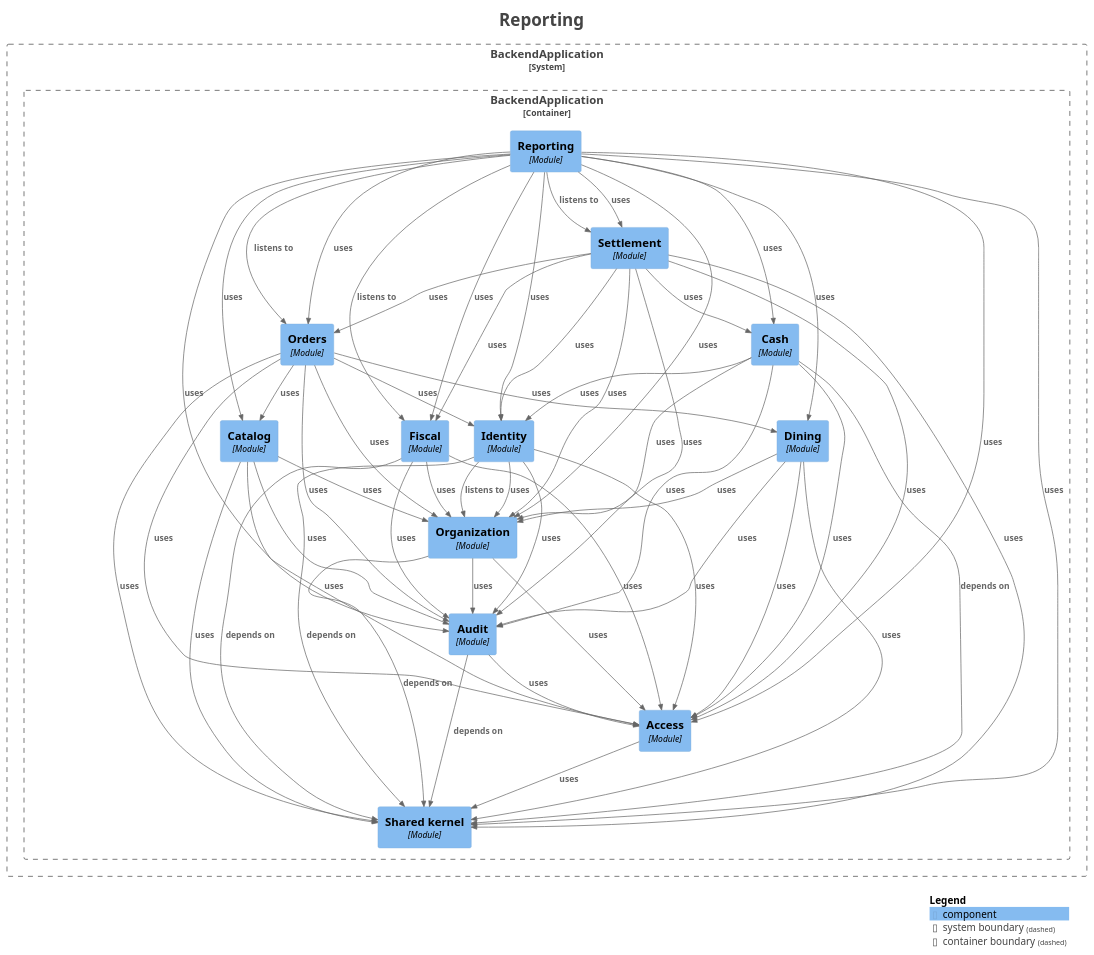
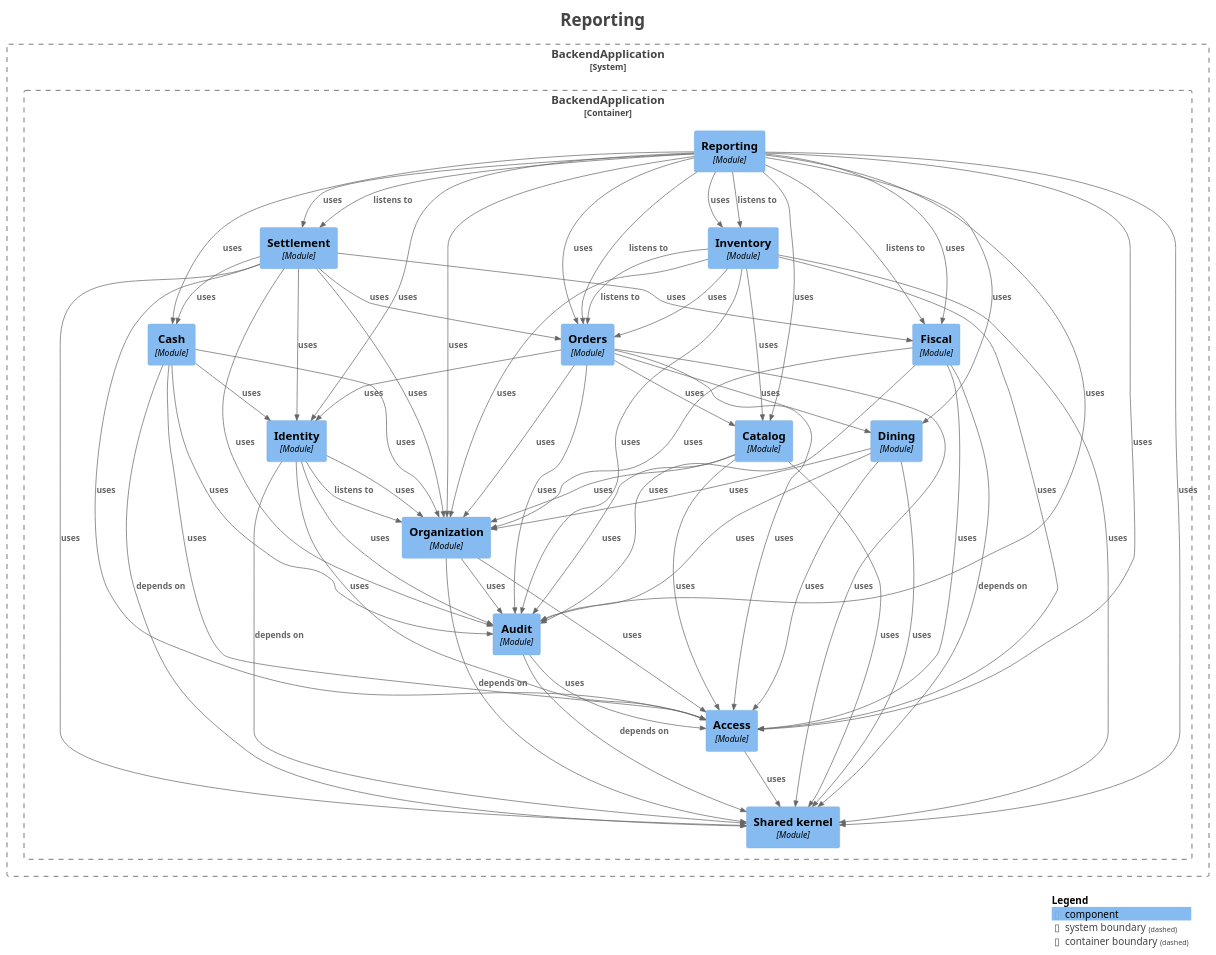
One commit to fxavier/restaurantePRO changed the diagram in docs/architecture/modules/module-reporting.puml. Above: the diagram before and after it, drawn with PlantUML. The commit also changed 24 other files, not shown here.

First line of the commit message:
docs(architecture): regenerate the Modulith module docs for R4

```diff
--- a/docs/architecture/modules/module-reporting.puml
+++ b/docs/architecture/modules/module-reporting.puml
@@ -17,11 +17,12 @@
 
 System_Boundary("BackendApplication_boundary", "BackendApplication", $tags="") {
   Container_Boundary("BackendApplication.BackendApplication_boundary", "BackendApplication", $tags="") {
-    Component(BackendApplication.BackendApplication.Dining, "Dining", $techn="Module", $descr="", $tags="", $link="")
     Component(BackendApplication.BackendApplication.Fiscal, "Fiscal", $techn="Module", $descr="", $tags="", $link="")
     Component(BackendApplication.BackendApplication.Identity, "Identity", $techn="Module", $descr="", $tags="", $link="")
     Component(BackendApplication.BackendApplication.Cash, "Cash", $techn="Module", $descr="", $tags="", $link="")
+    Component(BackendApplication.BackendApplication.Dining, "Dining", $techn="Module", $descr="", $tags="", $link="")
     Component(BackendApplication.BackendApplication.Orders, "Orders", $techn="Module", $descr="", $tags="", $link="")
+    Component(BackendApplication.BackendApplication.Inventory, "Inventory", $techn="Module", $descr="", $tags="", $link="")
     Component(BackendApplication.BackendApplication.Settlement, "Settlement", $techn="Module", $descr="", $tags="", $link="")
     Component(BackendApplication.BackendApplication.Reporting, "Reporting", $techn="Module", $descr="", $tags="", $link="")
     Component(BackendApplication.BackendApplication.Sharedkernel, "Shared kernel", $techn="Module", $descr="", $tags="", $link="")
@@ -33,6 +34,50 @@
 
 }
 
+Rel(BackendApplication.BackendApplication.Audit, BackendApplication.BackendApplication.Access, "uses", $techn="", $tags="", $link="")
+Rel(BackendApplication.BackendApplication.Identity, BackendApplication.BackendApplication.Organization, "listens to", $techn="", $tags="", $link="")
+Rel(BackendApplication.BackendApplication.Identity, BackendApplication.BackendApplication.Sharedkernel, "depends on", $techn="", $tags="", $link="")
+Rel(BackendApplication.BackendApplication.Identity, BackendApplication.BackendApplication.Access, "uses", $techn="", $tags="", $link="")
+Rel(BackendApplication.BackendApplication.Identity, BackendApplication.BackendApplication.Audit, "uses", $techn="", $tags="", $link="")
+Rel(BackendApplication.BackendApplication.Identity, BackendApplication.BackendApplication.Organization, "uses", $techn="", $tags="", $link="")
+Rel(BackendApplication.BackendApplication.Orders, BackendApplication.BackendApplication.Access, "uses", $techn="", $tags="", $link="")
+Rel(BackendApplication.BackendApplication.Orders, BackendApplication.BackendApplication.Catalog, "uses", $techn="", $tags="", $link="")
+Rel(BackendApplication.BackendApplication.Orders, BackendApplication.BackendApplication.Identity, "uses", $techn="", $tags="", $link="")
+Rel(BackendApplication.BackendApplication.Orders, BackendApplication.BackendApplication.Audit, "uses", $techn="", $tags="", $link="")
+Rel(BackendApplication.BackendApplication.Orders, BackendApplication.BackendApplication.Dining, "uses", $techn="", $tags="", $link="")
+Rel(BackendApplication.BackendApplication.Orders, BackendApplication.BackendApplication.Sharedkernel, "uses", $techn="", $tags="", $link="")
+Rel(BackendApplication.BackendApplication.Orders, BackendApplication.BackendApplication.Organization, "uses", $techn="", $tags="", $link="")
+Rel(BackendApplication.BackendApplication.Reporting, BackendApplication.BackendApplication.Inventory, "listens to", $techn="", $tags="", $link="")
+Rel(BackendApplication.BackendApplication.Reporting, BackendApplication.BackendApplication.Orders, "listens to", $techn="", $tags="", $link="")
+Rel(BackendApplication.BackendApplication.Reporting, BackendApplication.BackendApplication.Fiscal, "listens to", $techn="", $tags="", $link="")
+Rel(BackendApplication.BackendApplication.Reporting, BackendApplication.BackendApplication.Settlement, "listens to", $techn="", $tags="", $link="")
+Rel(BackendApplication.BackendApplication.Reporting, BackendApplication.BackendApplication.Access, "uses", $techn="", $tags="", $link="")
+Rel(BackendApplication.BackendApplication.Reporting, BackendApplication.BackendApplication.Inventory, "uses", $techn="", $tags="", $link="")
+Rel(BackendApplication.BackendApplication.Reporting, BackendApplication.BackendApplication.Orders, "uses", $techn="", $tags="", $link="")
+Rel(BackendApplication.BackendApplication.Reporting, BackendApplication.BackendApplication.Sharedkernel, "uses", $techn="", $tags="", $link="")
+Rel(BackendApplication.BackendApplication.Reporting, BackendApplication.BackendApplication.Cash, "uses", $techn="", $tags="", $link="")
+Rel(BackendApplication.BackendApplication.Reporting, BackendApplication.BackendApplication.Identity, "uses", $techn="", $tags="", $link="")
+Rel(BackendApplication.BackendApplication.Reporting, BackendApplication.BackendApplication.Organization, "uses", $techn="", $tags="", $link="")
+Rel(BackendApplication.BackendApplication.Reporting, BackendApplication.BackendApplication.Catalog, "uses", $techn="", $tags="", $link="")
+Rel(BackendApplication.BackendApplication.Reporting, BackendApplication.BackendApplication.Fiscal, "uses", $techn="", $tags="", $link="")
+Rel(BackendApplication.BackendApplication.Reporting, BackendApplication.BackendApplication.Dining, "uses", $techn="", $tags="", $link="")
+Rel(BackendApplication.BackendApplication.Reporting, BackendApplication.BackendApplication.Settlement, "uses", $techn="", $tags="", $link="")
+Rel(BackendApplication.BackendApplication.Reporting, BackendApplication.BackendApplication.Audit, "uses", $techn="", $tags="", $link="")
+Rel(BackendApplication.BackendApplication.Fiscal, BackendApplication.BackendApplication.Sharedkernel, "depends on", $techn="", $tags="", $link="")
+Rel(BackendApplication.BackendApplication.Fiscal, BackendApplication.BackendApplication.Access, "uses", $techn="", $tags="", $link="")
+Rel(BackendApplication.BackendApplication.Fiscal, BackendApplication.BackendApplication.Organization, "uses", $techn="", $tags="", $link="")
+Rel(BackendApplication.BackendApplication.Fiscal, BackendApplication.BackendApplication.Audit, "uses", $techn="", $tags="", $link="")
+Rel(BackendApplication.BackendApplication.Organization, BackendApplication.BackendApplication.Sharedkernel, "depends on", $techn="", $tags="", $link="")
+Rel(BackendApplication.BackendApplication.Organization, BackendApplication.BackendApplication.Audit, "uses", $techn="", $tags="", $link="")
+Rel(BackendApplication.BackendApplication.Organization, BackendApplication.BackendApplication.Access, "uses", $techn="", $tags="", $link="")
+Rel(BackendApplication.BackendApplication.Inventory, BackendApplication.BackendApplication.Orders, "listens to", $techn="", $tags="", $link="")
+Rel(BackendApplication.BackendApplication.Inventory, BackendApplication.BackendApplication.Organization, "uses", $techn="", $tags="", $link="")
+Rel(BackendApplication.BackendApplication.Inventory, BackendApplication.BackendApplication.Access, "uses", $techn="", $tags="", $link="")
+Rel(BackendApplication.BackendApplication.Inventory, BackendApplication.BackendApplication.Orders, "uses", $techn="", $tags="", $link="")
+Rel(BackendApplication.BackendApplication.Inventory, BackendApplication.BackendApplication.Audit, "uses", $techn="", $tags="", $link="")
+Rel(BackendApplication.BackendApplication.Inventory, BackendApplication.BackendApplication.Catalog, "uses", $techn="", $tags="", $link="")
+Rel(BackendApplication.BackendApplication.Inventory, BackendApplication.BackendApplication.Sharedkernel, "uses", $techn="", $tags="", $link="")
+Rel(BackendApplication.BackendApplication.Access, BackendApplication.BackendApplication.Sharedkernel, "uses", $techn="", $tags="", $link="")
 Rel(BackendApplication.BackendApplication.Settlement, BackendApplication.BackendApplication.Cash, "uses", $techn="", $tags="", $link="")
 Rel(BackendApplication.BackendApplication.Settlement, BackendApplication.BackendApplication.Access, "uses", $techn="", $tags="", $link="")
 Rel(BackendApplication.BackendApplication.Settlement, BackendApplication.BackendApplication.Organization, "uses", $techn="", $tags="", $link="")
@@ -41,55 +86,20 @@
 Rel(BackendApplication.BackendApplication.Settlement, BackendApplication.BackendApplication.Audit, "uses", $techn="", $tags="", $link="")
 Rel(BackendApplication.BackendApplication.Settlement, BackendApplication.BackendApplication.Identity, "uses", $techn="", $tags="", $link="")
 Rel(BackendApplication.BackendApplication.Settlement, BackendApplication.BackendApplication.Sharedkernel, "uses", $techn="", $tags="", $link="")
-Rel(BackendApplication.BackendApplication.Organization, BackendApplication.BackendApplication.Sharedkernel, "depends on", $techn="", $tags="", $link="")
-Rel(BackendApplication.BackendApplication.Organization, BackendApplication.BackendApplication.Audit, "uses", $techn="", $tags="", $link="")
-Rel(BackendApplication.BackendApplication.Organization, BackendApplication.BackendApplication.Access, "uses", $techn="", $tags="", $link="")
 Rel(BackendApplication.BackendApplication.Cash, BackendApplication.BackendApplication.Sharedkernel, "depends on", $techn="", $tags="", $link="")
 Rel(BackendApplication.BackendApplication.Cash, BackendApplication.BackendApplication.Access, "uses", $techn="", $tags="", $link="")
 Rel(BackendApplication.BackendApplication.Cash, BackendApplication.BackendApplication.Audit, "uses", $techn="", $tags="", $link="")
 Rel(BackendApplication.BackendApplication.Cash, BackendApplication.BackendApplication.Organization, "uses", $techn="", $tags="", $link="")
 Rel(BackendApplication.BackendApplication.Cash, BackendApplication.BackendApplication.Identity, "uses", $techn="", $tags="", $link="")
-Rel(BackendApplication.BackendApplication.Orders, BackendApplication.BackendApplication.Access, "uses", $techn="", $tags="", $link="")
-Rel(BackendApplication.BackendApplication.Orders, BackendApplication.BackendApplication.Catalog, "uses", $techn="", $tags="", $link="")
-Rel(BackendApplication.BackendApplication.Orders, BackendApplication.BackendApplication.Identity, "uses", $techn="", $tags="", $link="")
-Rel(BackendApplication.BackendApplication.Orders, BackendApplication.BackendApplication.Dining, "uses", $techn="", $tags="", $link="")
-Rel(BackendApplication.BackendApplication.Orders, BackendApplication.BackendApplication.Audit, "uses", $techn="", $tags="", $link="")
-Rel(BackendApplication.BackendApplication.Orders, BackendApplication.BackendApplication.Sharedkernel, "uses", $techn="", $tags="", $link="")
-Rel(BackendApplication.BackendApplication.Orders, BackendApplication.BackendApplication.Organization, "uses", $techn="", $tags="", $link="")
-Rel(BackendApplication.BackendApplication.Audit, BackendApplication.BackendApplication.Sharedkernel, "depends on", $techn="", $tags="", $link="")
-Rel(BackendApplication.BackendApplication.Audit, BackendApplication.BackendApplication.Access, "uses", $techn="", $tags="", $link="")
-Rel(BackendApplication.BackendApplication.Access, BackendApplication.BackendApplication.Sharedkernel, "uses", $techn="", $tags="", $link="")
 Rel(BackendApplication.BackendApplication.Catalog, BackendApplication.BackendApplication.Access, "uses", $techn="", $tags="", $link="")
+Rel(BackendApplication.BackendApplication.Catalog, BackendApplication.BackendApplication.Sharedkernel, "uses", $techn="", $tags="", $link="")
 Rel(BackendApplication.BackendApplication.Catalog, BackendApplication.BackendApplication.Audit, "uses", $techn="", $tags="", $link="")
 Rel(BackendApplication.BackendApplication.Catalog, BackendApplication.BackendApplication.Organization, "uses", $techn="", $tags="", $link="")
-Rel(BackendApplication.BackendApplication.Catalog, BackendApplication.BackendApplication.Sharedkernel, "uses", $techn="", $tags="", $link="")
-Rel(BackendApplication.BackendApplication.Fiscal, BackendApplication.BackendApplication.Sharedkernel, "depends on", $techn="", $tags="", $link="")
-Rel(BackendApplication.BackendApplication.Fiscal, BackendApplication.BackendApplication.Access, "uses", $techn="", $tags="", $link="")
-Rel(BackendApplication.BackendApplication.Fiscal, BackendApplication.BackendApplication.Organization, "uses", $techn="", $tags="", $link="")
-Rel(BackendApplication.BackendApplication.Fiscal, BackendApplication.BackendApplication.Audit, "uses", $techn="", $tags="", $link="")
 Rel(BackendApplication.BackendApplication.Dining, BackendApplication.BackendApplication.Access, "uses", $techn="", $tags="", $link="")
 Rel(BackendApplication.BackendApplication.Dining, BackendApplication.BackendApplication.Audit, "uses", $techn="", $tags="", $link="")
 Rel(BackendApplication.BackendApplication.Dining, BackendApplication.BackendApplication.Sharedkernel, "uses", $techn="", $tags="", $link="")
 Rel(BackendApplication.BackendApplication.Dining, BackendApplication.BackendApplication.Organization, "uses", $techn="", $tags="", $link="")
-Rel(BackendApplication.BackendApplication.Identity, BackendApplication.BackendApplication.Organization, "listens to", $techn="", $tags="", $link="")
-Rel(BackendApplication.BackendApplication.Identity, BackendApplication.BackendApplication.Sharedkernel, "depends on", $techn="", $tags="", $link="")
-Rel(BackendApplication.BackendApplication.Identity, BackendApplication.BackendApplication.Access, "uses", $techn="", $tags="", $link="")
-Rel(BackendApplication.BackendApplication.Identity, BackendApplication.BackendApplication.Audit, "uses", $techn="", $tags="", $link="")
-Rel(BackendApplication.BackendApplication.Identity, BackendApplication.BackendApplication.Organization, "uses", $techn="", $tags="", $link="")
-Rel(BackendApplication.BackendApplication.Reporting, BackendApplication.BackendApplication.Settlement, "listens to", $techn="", $tags="", $link="")
-Rel(BackendApplication.BackendApplication.Reporting, BackendApplication.BackendApplication.Fiscal, "listens to", $techn="", $tags="", $link="")
-Rel(BackendApplication.BackendApplication.Reporting, BackendApplication.BackendApplication.Orders, "listens to", $techn="", $tags="", $link="")
-Rel(BackendApplication.BackendApplication.Reporting, BackendApplication.BackendApplication.Access, "uses", $techn="", $tags="", $link="")
-Rel(BackendApplication.BackendApplication.Reporting, BackendApplication.BackendApplication.Sharedkernel, "uses", $techn="", $tags="", $link="")
-Rel(BackendApplication.BackendApplication.Reporting, BackendApplication.BackendApplication.Cash, "uses", $techn="", $tags="", $link="")
-Rel(BackendApplication.BackendApplication.Reporting, BackendApplication.BackendApplication.Identity, "uses", $techn="", $tags="", $link="")
-Rel(BackendApplication.BackendApplication.Reporting, BackendApplication.BackendApplication.Organization, "uses", $techn="", $tags="", $link="")
-Rel(BackendApplication.BackendApplication.Reporting, BackendApplication.BackendApplication.Fiscal, "uses", $techn="", $tags="", $link="")
-Rel(BackendApplication.BackendApplication.Reporting, BackendApplication.BackendApplication.Orders, "uses", $techn="", $tags="", $link="")
-Rel(BackendApplication.BackendApplication.Reporting, BackendApplication.BackendApplication.Dining, "uses", $techn="", $tags="", $link="")
-Rel(BackendApplication.BackendApplication.Reporting, BackendApplication.BackendApplication.Settlement, "uses", $techn="", $tags="", $link="")
-Rel(BackendApplication.BackendApplication.Reporting, BackendApplication.BackendApplication.Audit, "uses", $techn="", $tags="", $link="")
-Rel(BackendApplication.BackendApplication.Reporting, BackendApplication.BackendApplication.Catalog, "uses", $techn="", $tags="", $link="")
+Rel(BackendApplication.BackendApplication.Audit, BackendApplication.BackendApplication.Sharedkernel, "depends on", $techn="", $tags="", $link="")
 
 SHOW_LEGEND(true)
 hide stereotypes
```
